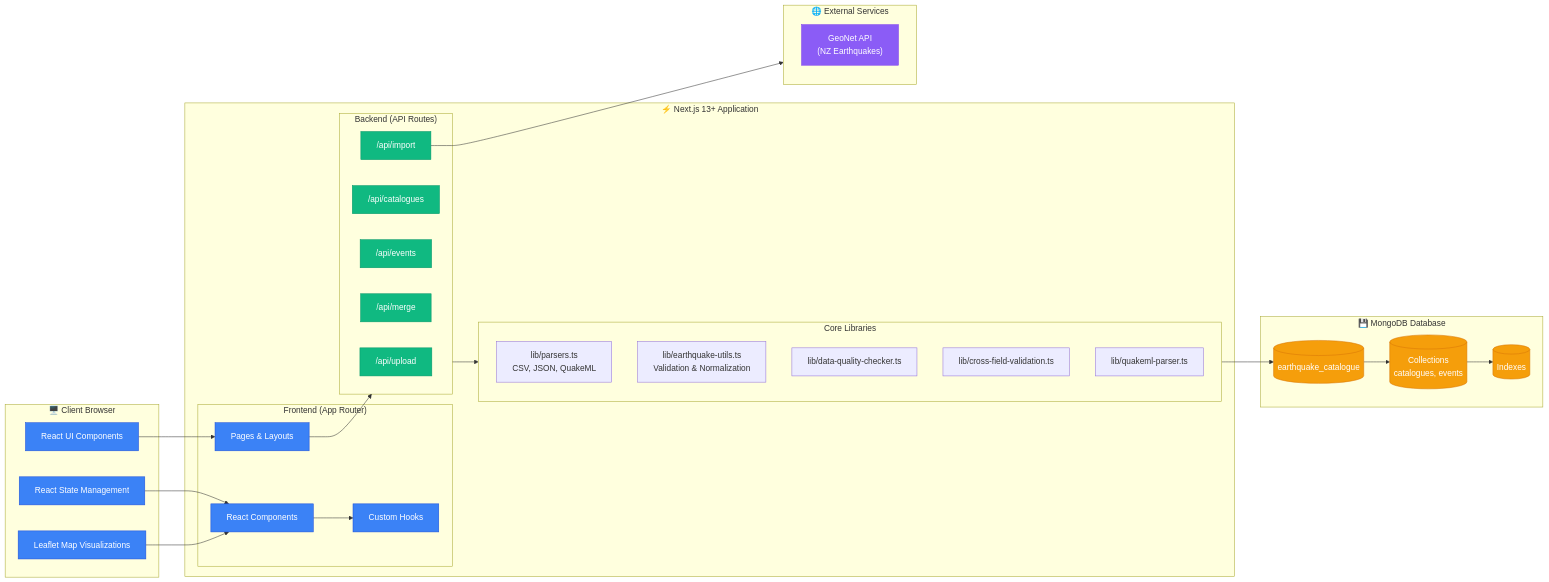
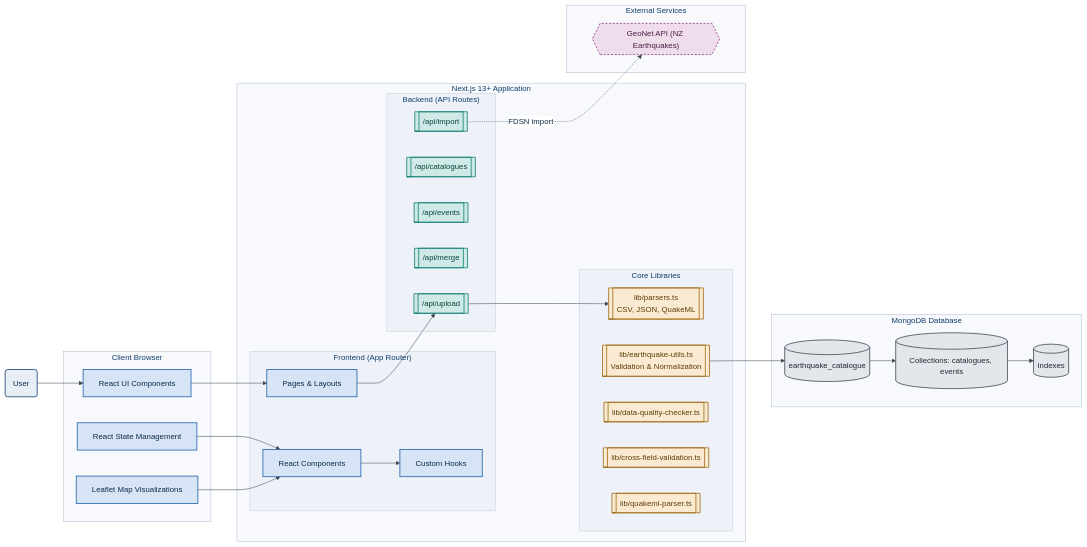
One commit to KennyGraham1/catalogofcatalogs changed the diagram in docs/source/appendix/system_architecture_overview.rst. Above: the diagram before and after it, drawn with Mermaid. The commit also changed 14 other files, not shown here.

```diff
--- a/docs/source/appendix/system_architecture_overview.rst
+++ b/docs/source/appendix/system_architecture_overview.rst
@@ -1,66 +1,88 @@
 .. mermaid::
+   :align: center
 
-    flowchart LR
-        subgraph Client["🖥️ Client Browser"]
-            UI["React UI Components"]
-            State["React State Management"]
-            Maps["Leaflet Map Visualizations"]
-        end
-        
-        subgraph NextJS["⚡ Next.js 13+ Application"]
-            subgraph Frontend["Frontend (App Router)"]
-                Pages["Pages & Layouts"]
-                Components["React Components"]
-                Hooks["Custom Hooks"]
-            end
-            
-            subgraph Backend["Backend (API Routes)"]
-                UploadAPI["/api/upload"]
-                CataloguesAPI["/api/catalogues"]
-                EventsAPI["/api/events"]
-                MergeAPI["/api/merge"]
-                ImportAPI["/api/import"]
-            end
-            
-            subgraph Libraries["Core Libraries"]
-                Parsers["lib/parsers.ts<br/>CSV, JSON, QuakeML"]
-                EqUtils["lib/earthquake-utils.ts<br/>Validation & Normalization"]
-                QualityCheck["lib/data-quality-checker.ts"]
-                CrossField["lib/cross-field-validation.ts"]
-                QuakeML["lib/quakeml-parser.ts"]
-            end
-        end
-        
-        subgraph Database["💾 MongoDB Database"]
-            DB[(earthquake_catalogue)]
-            Collections[("Collections<br/>catalogues, events")]
-            Indexes[("Indexes")]
-        end
-        
-        subgraph External["🌐 External Services"]
-            GeoNet["GeoNet API<br/>(NZ Earthquakes)"]
-        end
-        
-        UI --> Pages
-        State --> Components
-        Maps --> Components
-        
-        Pages --> Backend
-        Components --> Hooks
-        
-        Backend --> Libraries
-        Libraries --> DB
-        DB --> Collections
-        Collections --> Indexes
-        
-        ImportAPI --> External
-        
-        classDef frontend fill:#3b82f6,stroke:#1d4ed8,color:#fff
-        classDef backend fill:#10b981,stroke:#059669,color:#fff
-        classDef db fill:#f59e0b,stroke:#d97706,color:#fff
-        classDef external fill:#8b5cf6,stroke:#7c3aed,color:#fff
-        
-        class UI,State,Maps,Pages,Components,Hooks frontend
-        class UploadAPI,CataloguesAPI,EventsAPI,MergeAPI,ImportAPI backend
-        class DB,Collections,Indexes db
-        class GeoNet external
+   %%{init: {"theme":"base","themeVariables":{"fontFamily":"Inter, \"Helvetica Neue\", Arial, sans-serif","fontSize":"15px","lineColor":"#3A4753","primaryColor":"#D6E4F5","primaryBorderColor":"#1B5FA8","primaryTextColor":"#0B2B4A","secondaryColor":"#CFEAE6","tertiaryColor":"#FBEAD2","mainBkg":"#D6E4F5","nodeBorder":"#1B5FA8","clusterBkg":"#F7F9FC","clusterBorder":"#AEBED2","titleColor":"#0F3D6B","edgeLabelBackground":"#FFFFFF"}}}%%
+   flowchart LR
+       U("User"):::userAction
+
+       subgraph Client["Client Browser"]
+           UI["React UI Components"]
+           AppState["React State Management"]
+           Maps["Leaflet Map Visualizations"]
+       end
+
+       subgraph NextJS["Next.js 13+ Application"]
+           subgraph FrontendGroup["Frontend (App Router)"]
+               Pages["Pages &amp; Layouts"]
+               Components["React Components"]
+               Hooks["Custom Hooks"]
+           end
+
+           subgraph BackendGroup["Backend (API Routes)"]
+               UploadAPI[["/api/upload"]]
+               CataloguesAPI[["/api/catalogues"]]
+               EventsAPI[["/api/events"]]
+               MergeAPI[["/api/merge"]]
+               ImportAPI[["/api/import"]]
+           end
+
+           subgraph LibsGroup["Core Libraries"]
+               Parsers[["lib/parsers.ts<br/>CSV, JSON, QuakeML"]]
+               EqUtils[["lib/earthquake-utils.ts<br/>Validation &amp; Normalization"]]
+               QualityCheck[["lib/data-quality-checker.ts"]]
+               CrossField[["lib/cross-field-validation.ts"]]
+               QuakeML[["lib/quakeml-parser.ts"]]
+           end
+       end
+
+       subgraph Database["MongoDB Database"]
+           DB[("earthquake_catalogue")]
+           Collections[("Collections: catalogues, events")]
+           Indexes[("Indexes")]
+       end
+
+       subgraph ExternalSvc["External Services"]
+           GeoNet{{"GeoNet API (NZ Earthquakes)"}}
+       end
+
+       U --> UI
+
+       UI --> Pages
+       AppState --> Components
+       Maps --> Components
+
+       Pages --> UploadAPI
+       Components --> Hooks
+
+       UploadAPI --> Parsers
+       EqUtils --> DB
+       DB --> Collections
+       Collections --> Indexes
+
+       ImportAPI -. "FDSN import" .-> GeoNet
+
+       classDef userAction fill:#E8EEF6,stroke:#0F3D6B,stroke-width:1.5px,color:#0B2B4A
+       classDef frontend fill:#D6E4F5,stroke:#1B5FA8,stroke-width:1.5px,color:#0B2B4A
+       classDef backend fill:#CFEAE6,stroke:#0E7C72,stroke-width:1.5px,color:#08423D
+       classDef library fill:#FBEAD2,stroke:#9C6A12,stroke-width:1.5px,color:#5A3D06
+       classDef datastore fill:#E3E7EB,stroke:#3A4753,stroke-width:1.5px,color:#1E2731
+       classDef external fill:#EFDDEC,stroke:#8E3A82,stroke-width:1.5px,color:#4A1C43,stroke-dasharray:4 3
+       classDef process fill:#FCEAD0,stroke:#D38B1E,stroke-width:1.5px,color:#5A3D06
+       classDef decision fill:#FFF3CC,stroke:#B8860B,stroke-width:1.5px,color:#5A4500
+       classDef success fill:#D5EFE0,stroke:#1B8A5A,stroke-width:1.5px,color:#0B3D27
+       classDef warning fill:#FBE0DA,stroke:#C24A2B,stroke-width:1.5px,color:#5E1C0C
+       classDef terminal fill:#1F2D3D,stroke:#0B1622,stroke-width:1.5px,color:#FFFFFF
+
+       class UI,AppState,Maps,Pages,Components,Hooks frontend
+       class UploadAPI,CataloguesAPI,EventsAPI,MergeAPI,ImportAPI backend
+       class Parsers,EqUtils,QualityCheck,CrossField,QuakeML library
+       class DB,Collections,Indexes datastore
+       class GeoNet external
+
+       style Client fill:#F7F9FC,stroke:#AEBED2,stroke-width:1px,color:#0F3D6B
+       style NextJS fill:#F7F9FC,stroke:#AEBED2,stroke-width:1px,color:#0F3D6B
+       style Database fill:#F7F9FC,stroke:#AEBED2,stroke-width:1px,color:#0F3D6B
+       style ExternalSvc fill:#F7F9FC,stroke:#AEBED2,stroke-width:1px,color:#0F3D6B
+       style FrontendGroup fill:#EEF2F8,stroke:#C2CEDE,stroke-width:1px,color:#0F3D6B
+       style BackendGroup fill:#EEF2F8,stroke:#C2CEDE,stroke-width:1px,color:#0F3D6B
+       style LibsGroup fill:#EEF2F8,stroke:#C2CEDE,stroke-width:1px,color:#0F3D6B
```
